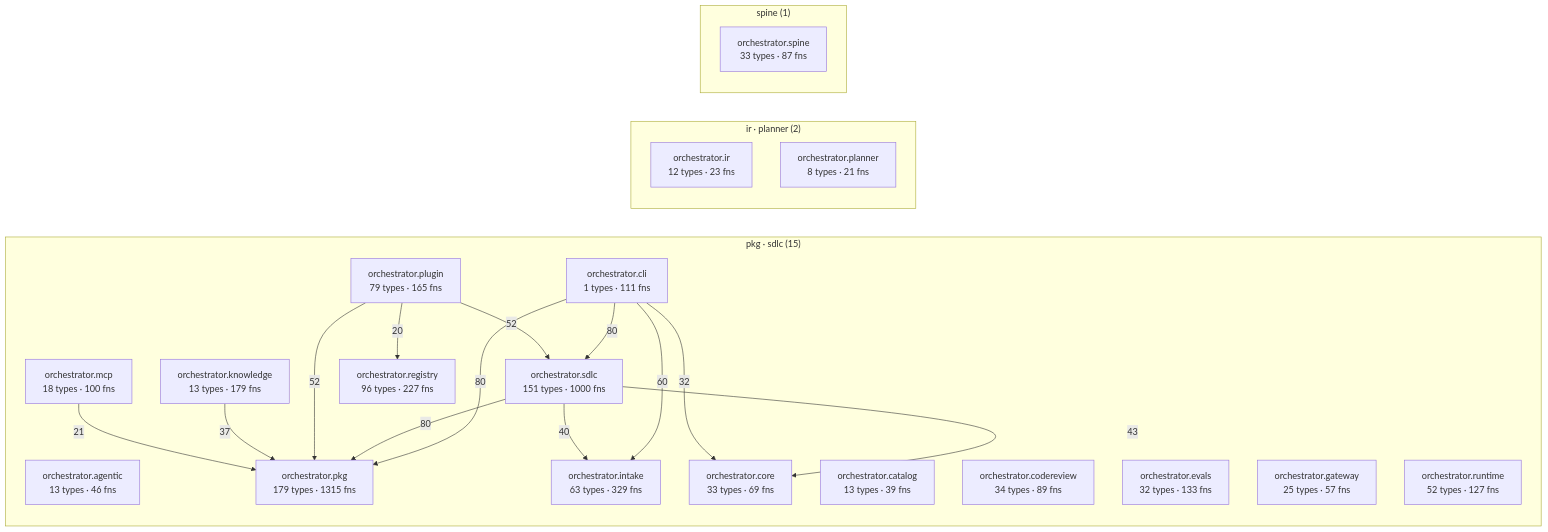
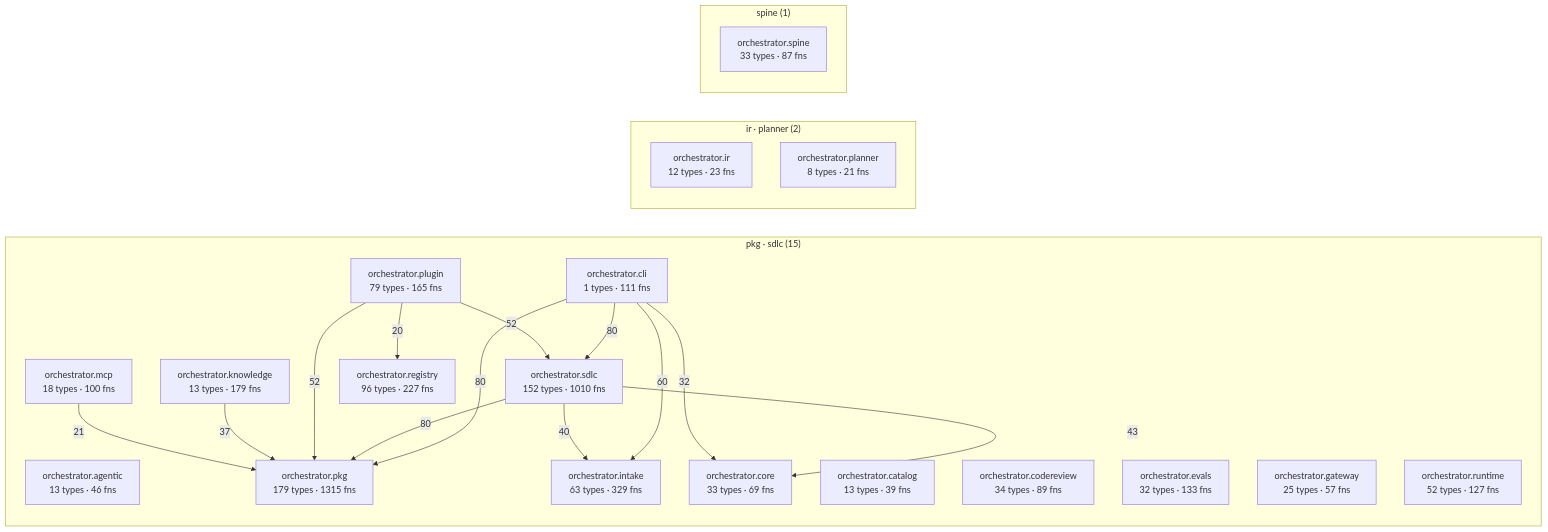
One commit to synaptixs/spine changed the diagram in episteme/architecture.md. Above: the diagram before and after it, drawn with Mermaid. The commit also changed other lines of this file and 20 other files, not shown here.

````diff
--- a/episteme/architecture.md
+++ b/episteme/architecture.md
@@ -56,39 +56,39 @@
 ```mermaid
 flowchart LR
   subgraph c_2["pkg · sdlc (15)"]
     aorchestratoragentic["orchestrator.agentic<br/>13 types · 46 fns"]
     aorchestratorcatalog["orchestrator.catalog<br/>13 types · 39 fns"]
     aorchestratorcli["orchestrator.cli<br/>1 types · 111 fns"]
     aorchestratorcodereview["orchestrator.codereview<br/>34 types · 89 fns"]
     aorchestratorcore["orchestrator.core<br/>33 types · 69 fns"]
     aorchestratorevals["orchestrator.evals<br/>32 types · 133 fns"]
     aorchestratorgateway["orchestrator.gateway<br/>25 types · 57 fns"]
     aorchestratorintake["orchestrator.intake<br/>63 types · 329 fns"]
     aorchestratorknowledge["orchestrator.knowledge<br/>13 types · 179 fns"]
     aorchestratormcp["orchestrator.mcp<br/>18 types · 100 fns"]
     aorchestratorpkg["orchestrator.pkg<br/>179 types · 1315 fns"]
     aorchestratorplugin["orchestrator.plugin<br/>79 types · 165 fns"]
     aorchestratorregistry["orchestrator.registry<br/>96 types · 227 fns"]
     aorchestratorruntime["orchestrator.runtime<br/>52 types · 127 fns"]
-    aorchestratorsdlc["orchestrator.sdlc<br/>151 types · 1000 fns"]
+    aorchestratorsdlc["orchestrator.sdlc<br/>152 types · 1010 fns"]
   end
   subgraph c_5["ir · planner (2)"]
     aorchestratorir["orchestrator.ir<br/>12 types · 23 fns"]
     aorchestratorplanner["orchestrator.planner<br/>8 types · 21 fns"]
   end
   subgraph c_10["spine (1)"]
     aorchestratorspine["orchestrator.spine<br/>33 types · 87 fns"]
   end
   aorchestratorcli -->|80| aorchestratorpkg
   aorchestratorcli -->|80| aorchestratorsdlc
   aorchestratorsdlc -->|80| aorchestratorpkg
   aorchestratorcli -->|60| aorchestratorintake
   aorchestratorplugin -->|52| aorchestratorpkg
   aorchestratorplugin -->|52| aorchestratorsdlc
   aorchestratorsdlc -->|43| aorchestratorcore
   aorchestratorsdlc -->|40| aorchestratorintake
   aorchestratorknowledge -->|37| aorchestratorpkg
   aorchestratorcli -->|32| aorchestratorcore
   aorchestratormcp -->|21| aorchestratorpkg
   aorchestratorplugin -->|20| aorchestratorregistry
 ```
````
